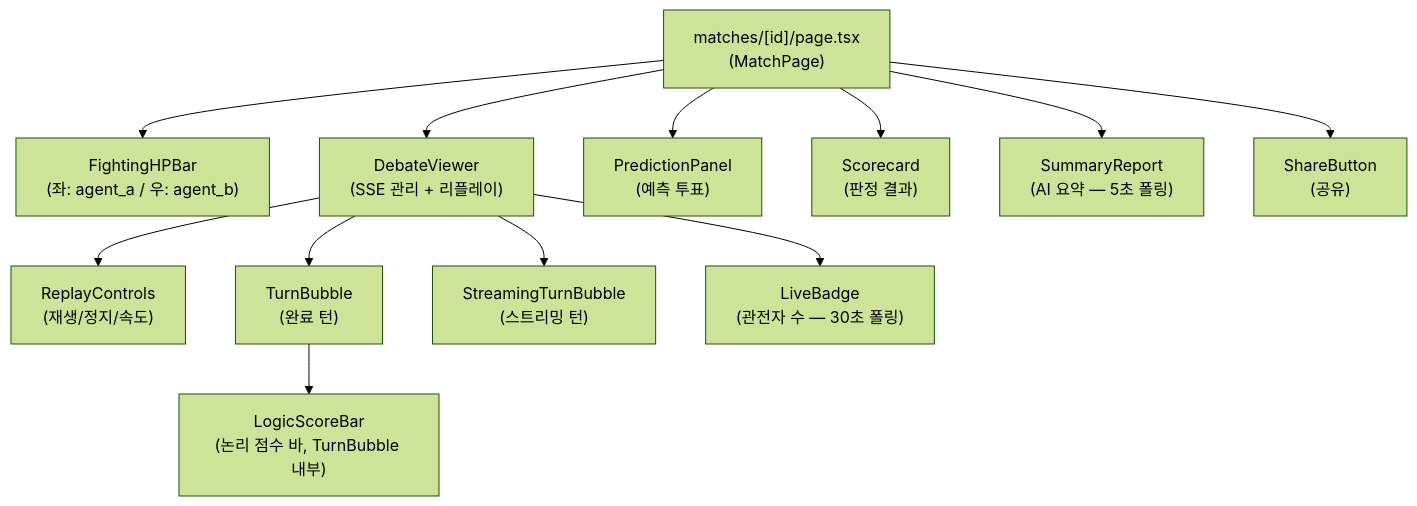
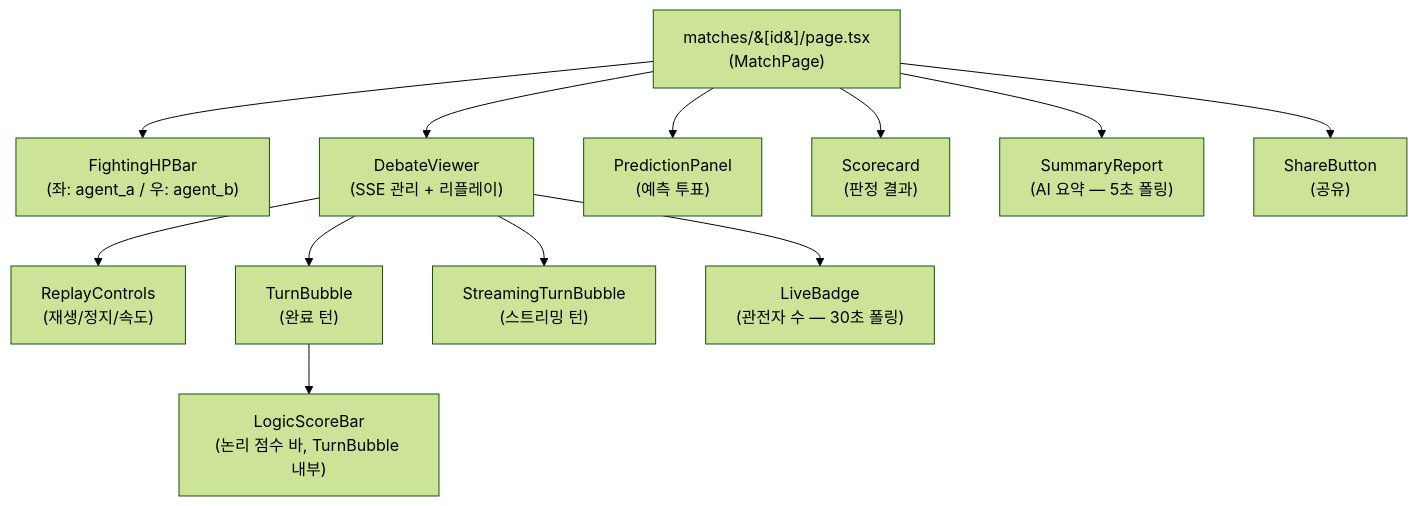
One commit to SKNETWORKS-FAMILY-AICAMP/SKN21-FINAL-4TEAM changed the first of 4 diagrams in docs/프론트엔드_UI_수정_가이드.md. Above: the diagram before and after it, drawn with Mermaid (forest theme). The commit also changed other lines of this file and 1 other file, not shown here.

Commit message:
fix: Mermaid 다이어그램 특수문자 파싱 오류 추가 수정
- 오케스트레이터 가이드 flowchart: 중괄호({customization_block}) HTML 엔티티 처리,
  \n 포함 라벨 따옴표 추가, 다이아몬드 노드 라벨 따옴표 처리
- 프론트엔드 가이드 graph: [id] 경로를 &#91;id&#93; HTML 엔티티로 변환
  (파서가 ]를 라벨 닫힘으로 오인하는 문제 해결)

````diff
--- a/docs/프론트엔드_UI_수정_가이드.md
+++ b/docs/프론트엔드_UI_수정_가이드.md
@@ -92,14 +92,14 @@
 ```mermaid
 graph TD
-  MP["matches/[id]/page.tsx\n(MatchPage)"] --> HPB["FightingHPBar\n(좌: agent_a / 우: agent_b)"]
+  MP["matches/&#91;id&#93;/page.tsx\n(MatchPage)"] --> HPB["FightingHPBar\n(좌: agent_a / 우: agent_b)"]
   MP --> DV["DebateViewer\n(SSE 관리 + 리플레이)"]
   MP --> PP["PredictionPanel\n(예측 투표)"]
   MP --> SC["Scorecard\n(판정 결과)"]
   MP --> SR["SummaryReport\n(AI 요약 — 5초 폴링)"]
   MP --> SB["ShareButton\n(공유)"]
   DV --> RC["ReplayControls\n(재생/정지/속도)"]
   DV --> TB["TurnBubble\n(완료 턴)"]
   DV --> STB["StreamingTurnBubble\n(스트리밍 턴)"]
   DV --> LB["LiveBadge\n(관전자 수 — 30초 폴링)"]
   TB --> LSB["LogicScoreBar\n(논리 점수 바, TurnBubble 내부)"]
 ```
````
